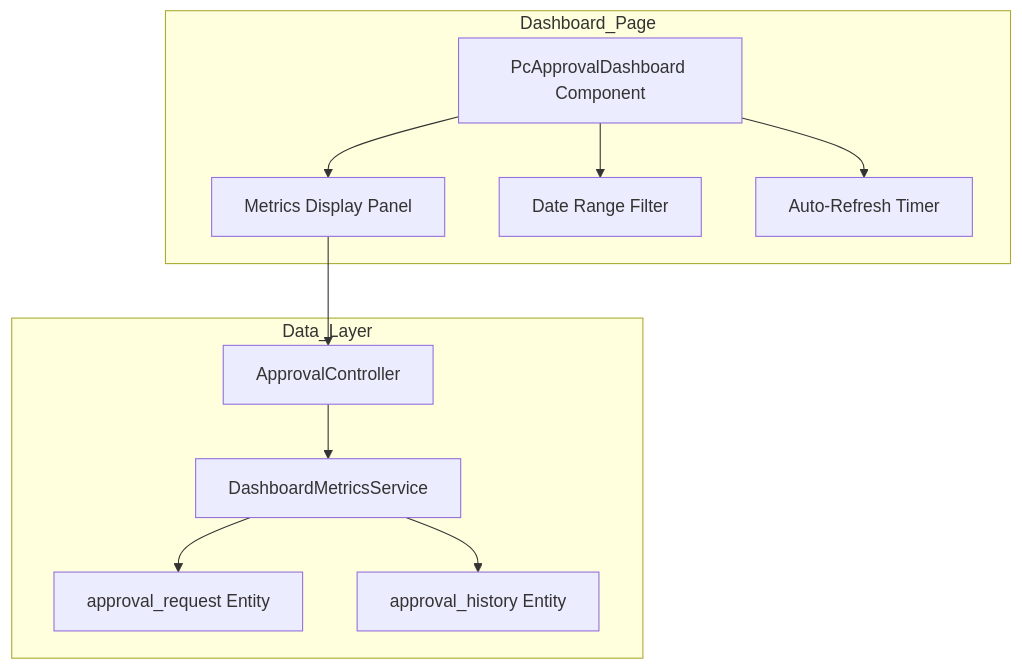
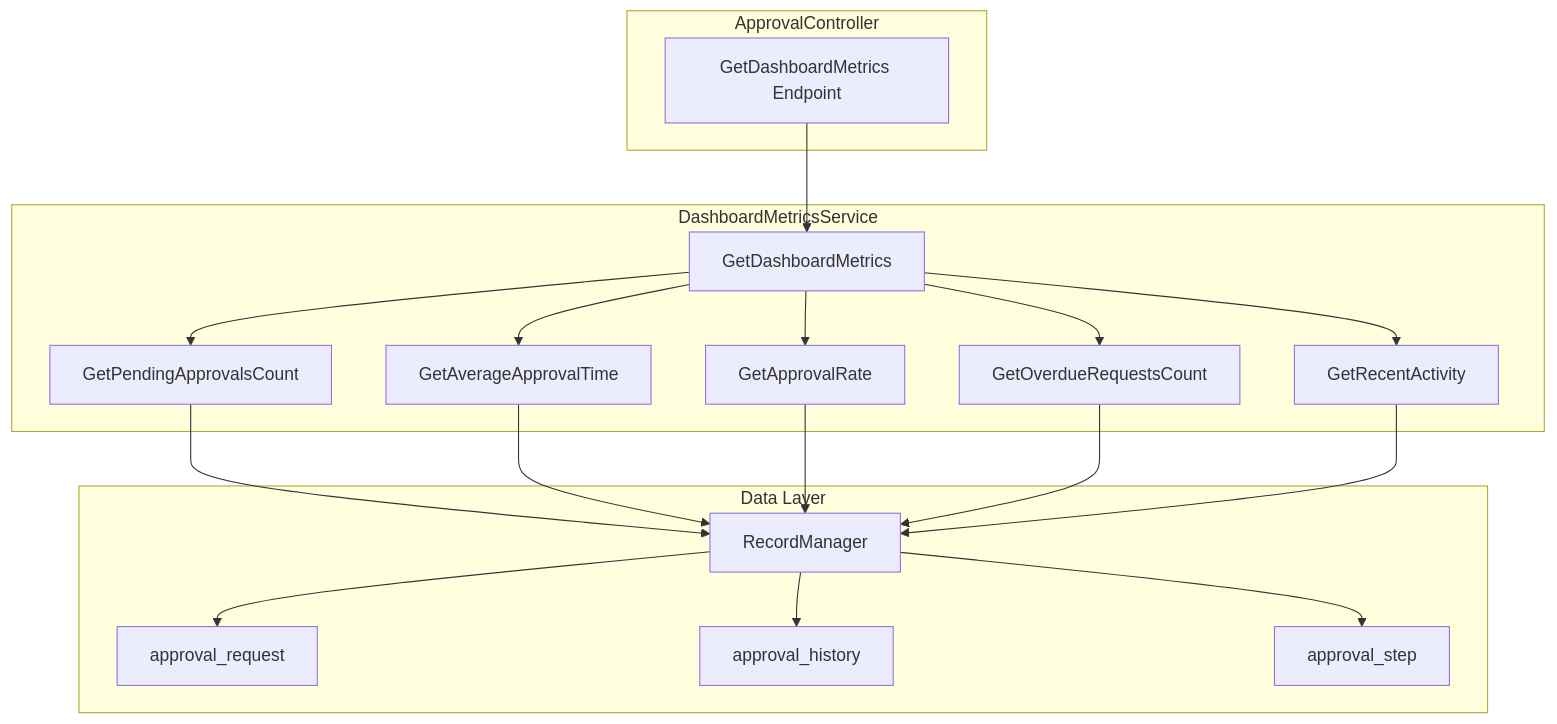
The first of 2 diagrams in blitzy/documentation/Technical Specifications.md (blitzy-public-samples/blitzy-WebVella-ERP), drawn with Mermaid before and after one commit. The commit also changed other lines of this file, not shown here.

````diff
--- a/blitzy/documentation/Technical Specifications.md
+++ b/blitzy/documentation/Technical Specifications.md
@@ -455,24 +342,37 @@
 ```mermaid
 graph TD
-    subgraph Dashboard_Page
-        A[PcApprovalDashboard Component]
-        B[Metrics Display Panel]
-        C[Date Range Filter]
-        D[Auto-Refresh Timer]
+    subgraph Controller["ApprovalController"]
+        A[GetDashboardMetrics Endpoint]
     end
     
-    subgraph Data_Layer
-        E[ApprovalController]
-        F[DashboardMetricsService]
-        G[approval_request Entity]
-        H[approval_history Entity]
+    subgraph Service["DashboardMetricsService"]
+        B[GetDashboardMetrics]
+        C[GetPendingApprovalsCount]
+        D[GetAverageApprovalTime]
+        E[GetApprovalRate]
+        F[GetOverdueRequestsCount]
+        G[GetRecentActivity]
+    end
+    
+    subgraph DataLayer["Data Layer"]
+        H[RecordManager]
+        I[approval_request]
+        J[approval_history]
+        K[approval_step]
     end
     
     A --> B
-    A --> C
-    A --> D
+    B --> C
+    B --> D
     B --> E
-    E --> F
-    F --> G
+    B --> F
+    B --> G
+    C --> H
+    D --> H
+    E --> H
     F --> H
+    G --> H
+    H --> I
+    H --> J
+    H --> K
 ```
````
